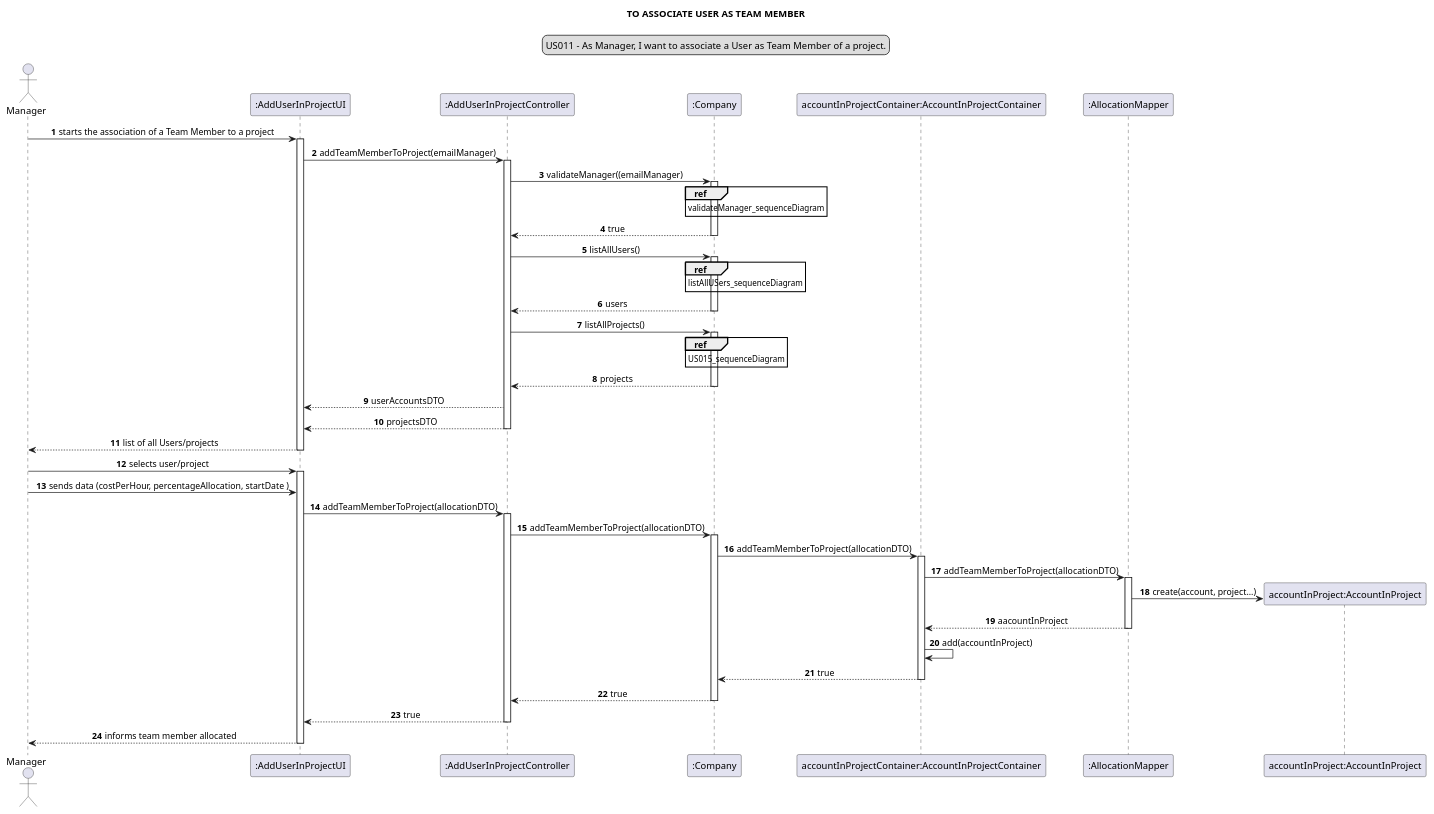
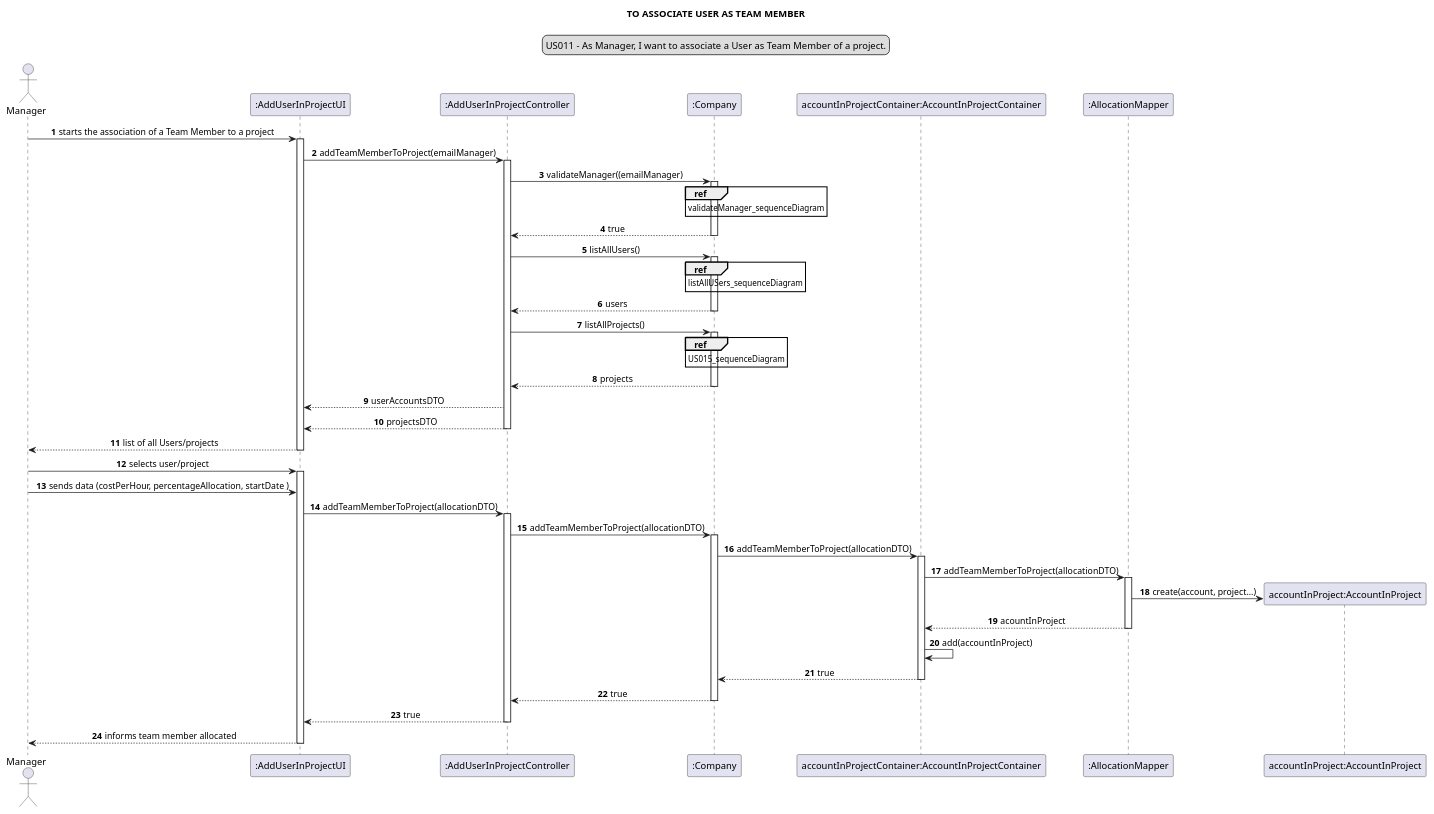
The diagram in docs/modelling_design/user_stories/sprint02/us011/US011_sequenceDiagram.puml (Loracline/project_switch_22-23), drawn with PlantUML before and after one commit. The commit also changed 4 other files, not shown here.

Commit message:
US011 : Design and development : small refinement of Class Diagram and Sequence Diagram, creation of classes AllocationDTO and AllocationMapper (with method addTeamMemberToProject and its tests).

```diff
--- a/docs/modelling_design/user_stories/sprint02/us011/US011_sequenceDiagram.puml
+++ b/docs/modelling_design/user_stories/sprint02/us011/US011_sequenceDiagram.puml
@@ -1,71 +1,71 @@
 @startuml
 
 skinparam sequenceMessageAlign center
 title TO ASSOCIATE USER AS TEAM MEMBER
 legend top
 US011 - As Manager, I want to associate a User as Team Member of a project.
 end legend
 autonumber
 
 actor Manager
 participant ":AddUserInProjectUI" as ui
 participant ":AddUserInProjectController" as controller
 participant ":Company" as company
 participant "accountInProjectContainer:AccountInProjectContainer" as accinprojcont
 participant ":AllocationMapper" as mapper
 participant "accountInProject:AccountInProject" as accinproj
 
 Manager -> ui: starts the association of a Team Member to a project
 activate ui
 /'Manager <-- ui:  requests data (email,projectCode, role)'/
 ui -> controller: addTeamMemberToProject(emailManager)
 activate controller
 controller -> company: validateManager((emailManager)
 activate company
 ref over company: validateManager_sequenceDiagram
 company --> controller: true
 deactivate company
 controller -> company: listAllUsers()
 activate company
 ref over company: listAllUSers_sequenceDiagram
 company --> controller: users
 deactivate company
 controller -> company: listAllProjects()
 activate company
 ref over company: US015_sequenceDiagram
 company --> controller: projects
 deactivate company
 controller --> ui: userAccountsDTO
 controller --> ui: projectsDTO
 deactivate controller
 ui --> Manager: list of all Users/projects
 
 deactivate ui
 
 Manager -> ui: selects user/project
 activate ui
 Manager -> ui: sends data (costPerHour, percentageAllocation, startDate )
 ui -> controller: addTeamMemberToProject(allocationDTO)
 activate controller
 controller -> company: addTeamMemberToProject(allocationDTO)
 activate company
 company -> accinprojcont: addTeamMemberToProject(allocationDTO)
 activate accinprojcont
 accinprojcont -> mapper: addTeamMemberToProject(allocationDTO)
 activate mapper
 create accinproj
 mapper -> accinproj: create(account, project...)
-mapper --> accinprojcont: aacountInProject
+mapper --> accinprojcont: acountInProject
 deactivate mapper
 accinprojcont -> accinprojcont: add(accountInProject)
 accinprojcont --> company: true
 deactivate accinprojcont
 company --> controller: true
 deactivate company
 controller --> ui: true
 deactivate controller
 ui --> Manager: informs team member allocated
 deactivate ui
 
 
 @enduml
```
